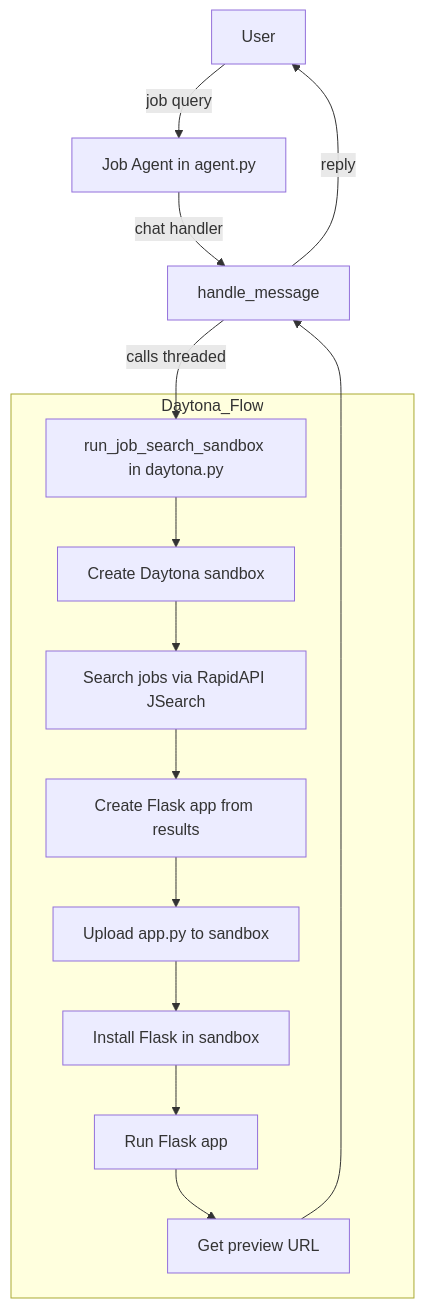
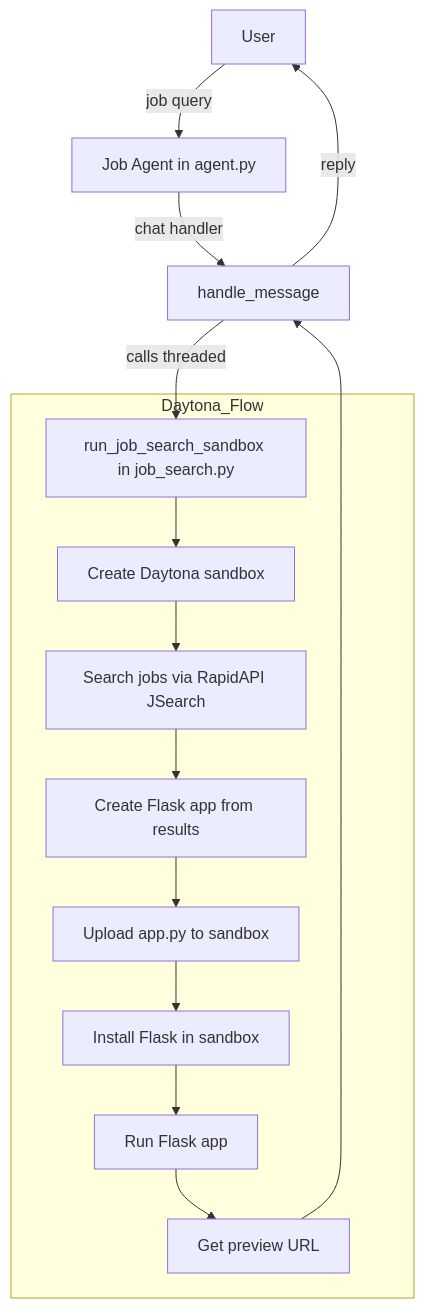
One commit to gautammanak1/daytona-fetchai changed the first of 2 diagrams in README.md. Above: the diagram before and after it, drawn with Mermaid. The commit also changed other lines of this file and 2 other files, not shown here.

Commit message:
fix: resolve circular import by renaming daytona.py -> job_search.py; update imports and README

````diff
--- a/README.md
+++ b/README.md
@@ -57,19 +57,19 @@
 ```mermaid
 flowchart TD
   U[User] -->|job query| A[Job Agent in agent.py]
   A -->|chat handler| H[handle_message]
-  H -->|calls threaded| R[run_job_search_sandbox in daytona.py]
+  H -->|calls threaded| R[run_job_search_sandbox in job_search.py]
 
   subgraph Daytona_Flow
     R --> C[Create Daytona sandbox]
     C --> S[Search jobs via RapidAPI JSearch]
     S --> F[Create Flask app from results]
     F --> UPL[Upload app.py to sandbox]
     UPL --> DEP[Install Flask in sandbox]
     DEP --> RUN[Run Flask app]
     RUN --> PV[Get preview URL]
   end
 
   PV --> H
   H -->|reply| U
 ```
````
